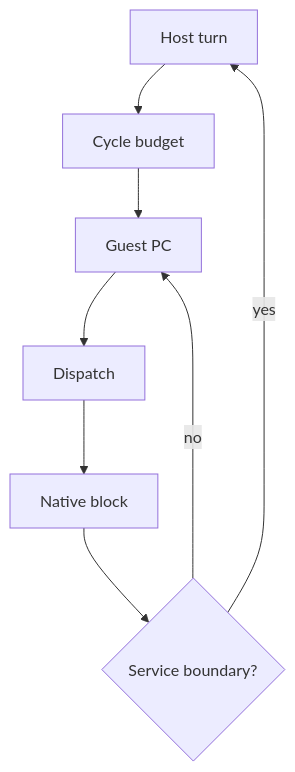
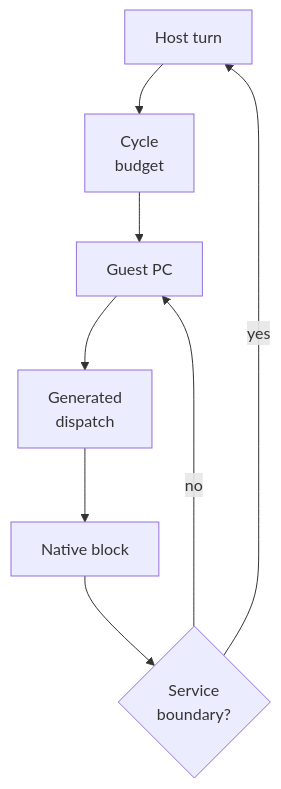
The second of 2 diagrams in docs/architecture/runtime/GameModule.md (Aelbannan/boat_of_daphnes), drawn with Mermaid before and after one commit. The commit also changed other lines of this file and 6 other files, not shown here.

Commit message:
docs: preserve labels with Mermaid line breaks

````diff
--- a/docs/architecture/runtime/GameModule.md
+++ b/docs/architecture/runtime/GameModule.md
@@ -60,13 +64,16 @@
 ```mermaid
 flowchart TD
     Host["Host turn"]
-    Budget["Cycle budget"]
+    Budget["`Cycle
+budget`"]
     PC["Guest PC"]
-    Dispatch["Dispatch"]
+    Dispatch["`Generated
+dispatch`"]
     Native["Native block"]
-    Boundary{"Service boundary?"}
+    Boundary{"`Service
+boundary?`"}
 
     Host --> Budget --> PC --> Dispatch --> Native --> Boundary
     Boundary -->|"no"| PC
     Boundary -->|"yes"| Host
 ```
````
